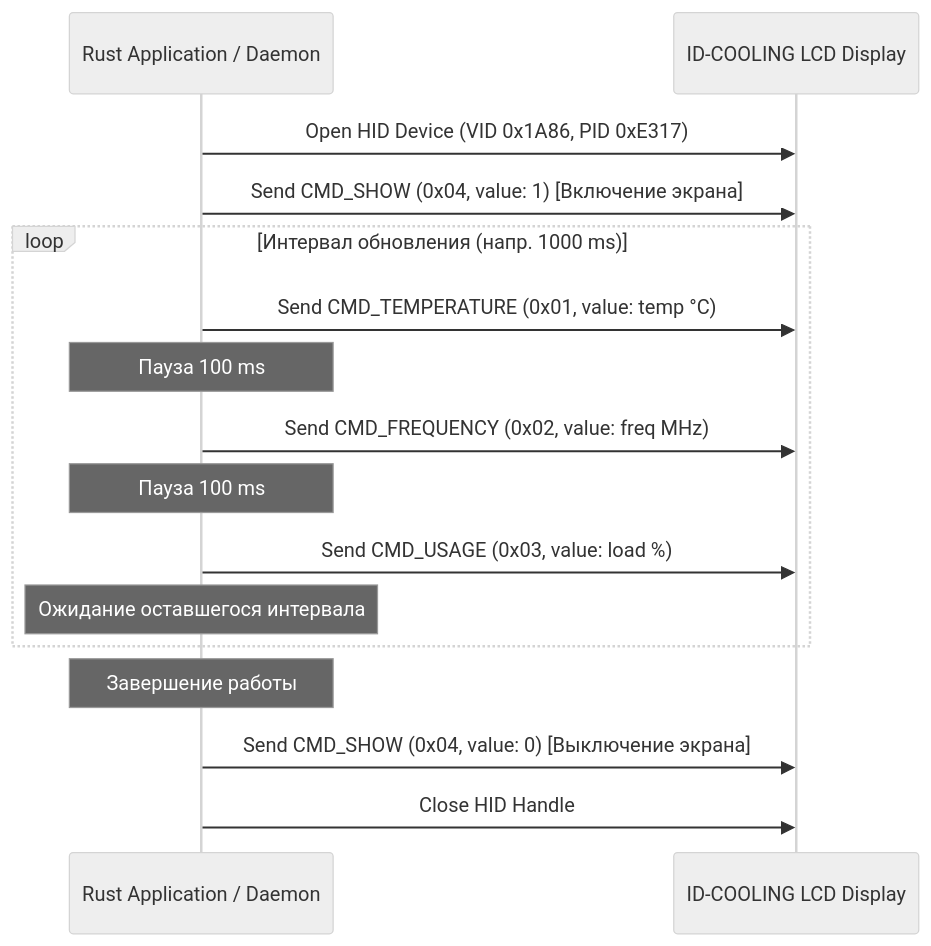
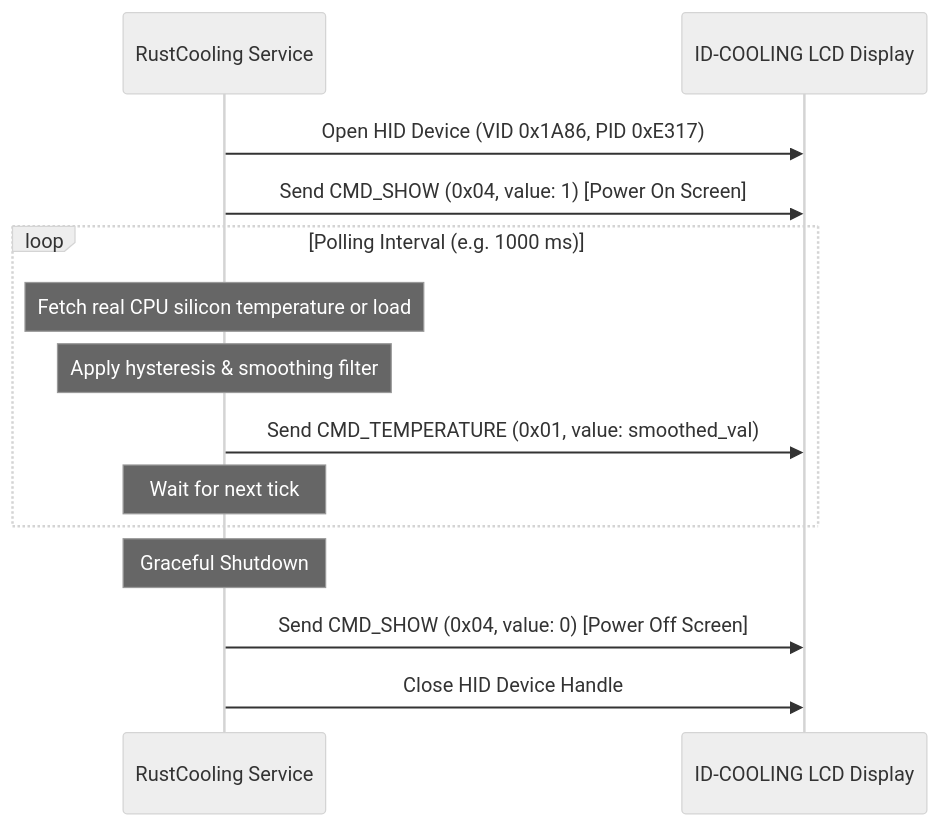
Before and after one commit to Qyzom/RustCooling: the diagram in AGENTS.md, drawn with Mermaid (neutral theme). The commit also changed other lines of this file and 1 other file, not shown here.

Commit message:
docs: rewrite AGENTS.md in English with updated architecture and remove CHANGELOG.md

````diff
--- a/AGENTS.md
+++ b/AGENTS.md
@@ -57,21 +60,19 @@
 ```mermaid
 sequenceDiagram
-    participant App as Rust Application / Daemon
+    participant App as RustCooling Service
     participant Screen as ID-COOLING LCD Display
 
     App->>Screen: Open HID Device (VID 0x1A86, PID 0xE317)
-    App->>Screen: Send CMD_SHOW (0x04, value: 1) [Включение экрана]
+    App->>Screen: Send CMD_SHOW (0x04, value: 1) [Power On Screen]
     
-    loop Интервал обновления (напр. 1000 ms)
-        App->>Screen: Send CMD_TEMPERATURE (0x01, value: temp °C)
-        Note over App: Пауза 100 ms
-        App->>Screen: Send CMD_FREQUENCY (0x02, value: freq MHz)
-        Note over App: Пауза 100 ms
-        App->>Screen: Send CMD_USAGE (0x03, value: load %)
-        Note over App: Ожидание оставшегося интервала
+    loop Polling Interval (e.g. 1000 ms)
+        Note over App: Fetch real CPU silicon temperature or load
+        Note over App: Apply hysteresis & smoothing filter
+        App->>Screen: Send CMD_TEMPERATURE (0x01, value: smoothed_val)
+        Note over App: Wait for next tick
     end
 
-    Note over App: Завершение работы
-    App->>Screen: Send CMD_SHOW (0x04, value: 0) [Выключение экрана]
-    App->>Screen: Close HID Handle
+    Note over App: Graceful Shutdown
+    App->>Screen: Send CMD_SHOW (0x04, value: 0) [Power Off Screen]
+    App->>Screen: Close HID Device Handle
 ```
````
